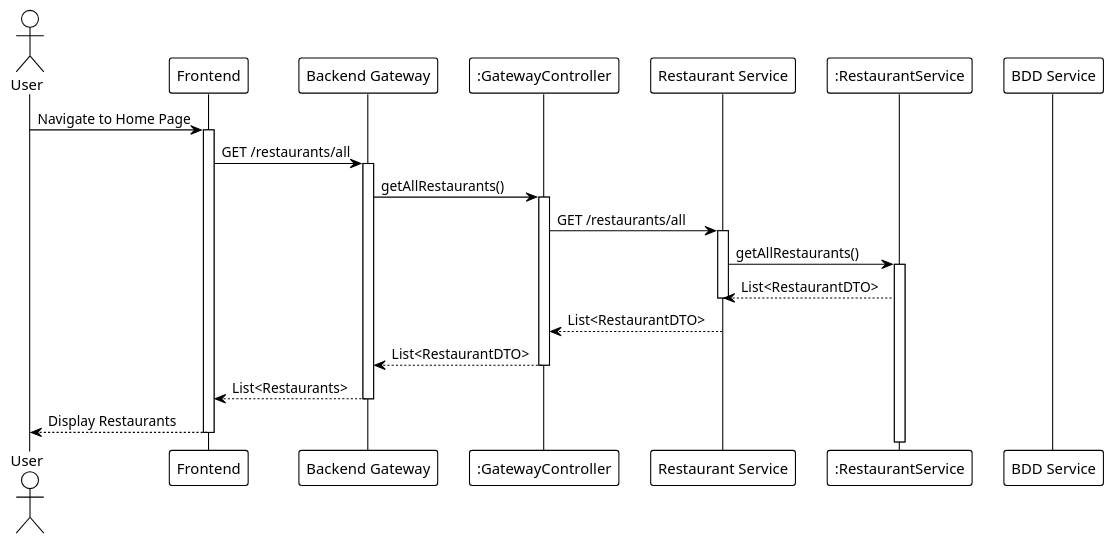
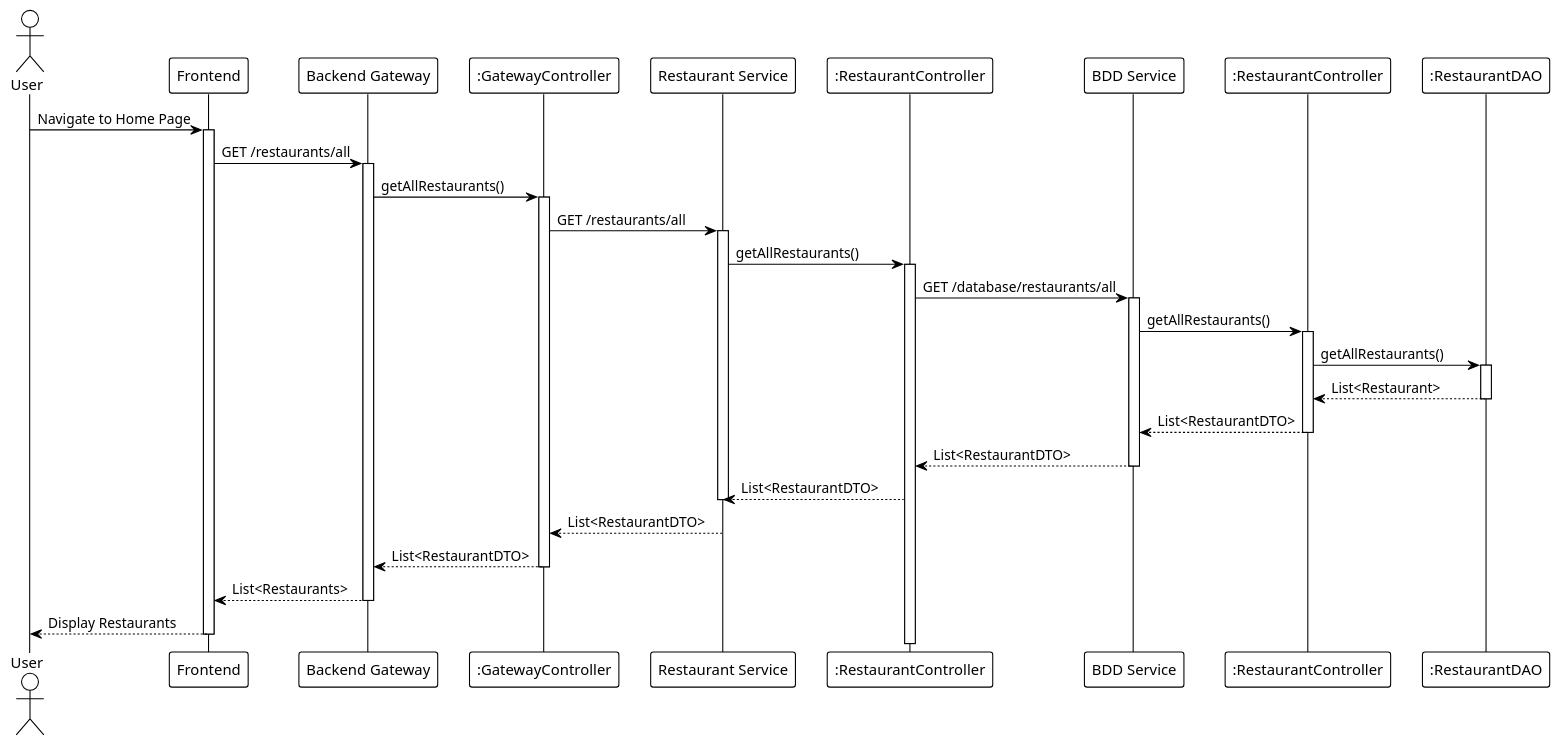
One commit to BaptisteLacroix/STE-24-25--teamj changed the diagram in doc/sequence_diagram/reportD2/all-restaurants-sequence-diagram.puml. Above: the diagram before and after it, drawn with PlantUML. The commit also changed 1 other file, not shown here.

Commit message:
docs: continue the sequence diagram. #66

```diff
--- a/doc/sequence_diagram/reportD2/all-restaurants-sequence-diagram.puml
+++ b/doc/sequence_diagram/reportD2/all-restaurants-sequence-diagram.puml
@@ -1,40 +1,60 @@
 @startuml
 !theme plain
 actor User
 participant "Frontend" as FE
 participant "Backend Gateway" as BG
 participant ":GatewayController" as GC
 participant "Restaurant Service" as RS
-participant ":RestaurantService" as RS2
+participant ":RestaurantController" as RS2
 participant "BDD Service" as BDD
+participant ":RestaurantController" as BDD2
+participant ":RestaurantDAO" as RDAO
 
 User -> FE : Navigate to Home Page
 activate FE
 
 FE -> BG : GET /restaurants/all
 activate BG
 
 BG -> GC : getAllRestaurants()
 activate GC
 
 GC -> RS : GET /restaurants/all
 activate RS
 
 RS -> RS2: getAllRestaurants()
 activate RS2
 
+RS2 -> BDD : GET /database/restaurants/all
+activate BDD
+
+BDD -> BDD2 : getAllRestaurants()
+activate BDD2
+
+BDD2 -> RDAO : getAllRestaurants()
+activate RDAO
+
+RDAO --> BDD2 : List<Restaurant>
+deactivate RDAO
+
+BDD2 --> BDD : List<RestaurantDTO>
+deactivate BDD2
+
+BDD --> RS2 : List<RestaurantDTO>
+deactivate BDD
+
 RS2 --> RS : List<RestaurantDTO>
 deactivate RS
 
 RS --> GC : List<RestaurantDTO>
 deactivate RS
 
 GC --> BG : List<RestaurantDTO>
 deactivate GC
 
 BG --> FE : List<Restaurants>
 deactivate BG
 
 FE --> User : Display Restaurants
 deactivate FE
 @enduml
```
